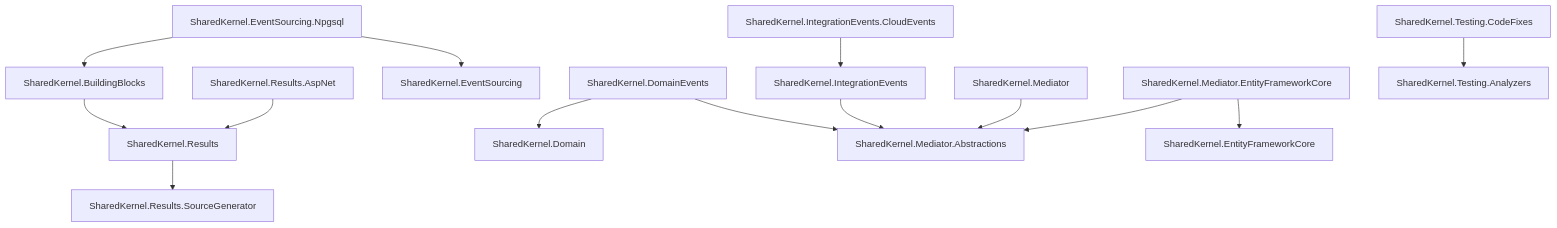
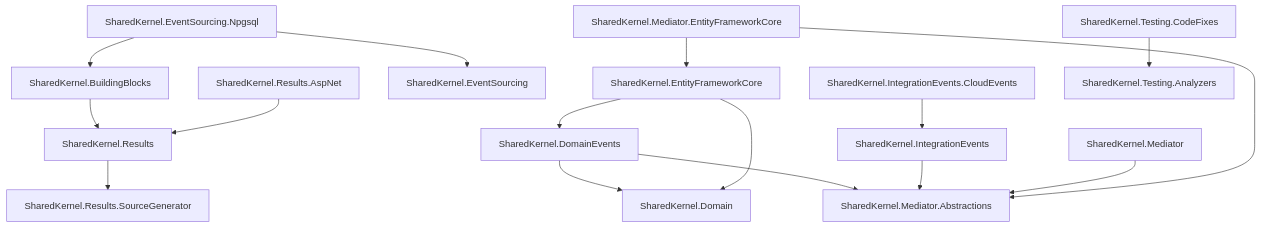
Before and after one commit to danigutsch/ViajantesTurismo: the fourth of 4 diagrams in docs/architecture/boundaries-and-dependencies.md, drawn with Mermaid. The commit also changed 40 other files, not shown here.

````diff
--- a/docs/architecture/boundaries-and-dependencies.md
+++ b/docs/architecture/boundaries-and-dependencies.md
@@ -175,16 +175,18 @@
 ```mermaid
 flowchart TB
     SharedKernel_BuildingBlocks[SharedKernel.BuildingBlocks] --> SharedKernel_Results[SharedKernel.Results]
     SharedKernel_DomainEvents[SharedKernel.DomainEvents] --> SharedKernel_Domain[SharedKernel.Domain]
     SharedKernel_DomainEvents[SharedKernel.DomainEvents] --> SharedKernel_Mediator_Abstractions[SharedKernel.Mediator.Abstractions]
+    SharedKernel_EntityFrameworkCore[SharedKernel.EntityFrameworkCore] --> SharedKernel_Domain[SharedKernel.Domain]
+    SharedKernel_EntityFrameworkCore[SharedKernel.EntityFrameworkCore] --> SharedKernel_DomainEvents[SharedKernel.DomainEvents]
     SharedKernel_EventSourcing_Npgsql[SharedKernel.EventSourcing.Npgsql] --> SharedKernel_BuildingBlocks[SharedKernel.BuildingBlocks]
     SharedKernel_EventSourcing_Npgsql[SharedKernel.EventSourcing.Npgsql] --> SharedKernel_EventSourcing[SharedKernel.EventSourcing]
     SharedKernel_IntegrationEvents[SharedKernel.IntegrationEvents] --> SharedKernel_Mediator_Abstractions[SharedKernel.Mediator.Abstractions]
     SharedKernel_IntegrationEvents_CloudEvents[SharedKernel.IntegrationEvents.CloudEvents] --> SharedKernel_IntegrationEvents[SharedKernel.IntegrationEvents]
     SharedKernel_Mediator[SharedKernel.Mediator] --> SharedKernel_Mediator_Abstractions[SharedKernel.Mediator.Abstractions]
     SharedKernel_Mediator_EntityFrameworkCore[SharedKernel.Mediator.EntityFrameworkCore] --> SharedKernel_EntityFrameworkCore[SharedKernel.EntityFrameworkCore]
     SharedKernel_Mediator_EntityFrameworkCore[SharedKernel.Mediator.EntityFrameworkCore] --> SharedKernel_Mediator_Abstractions[SharedKernel.Mediator.Abstractions]
     SharedKernel_Results[SharedKernel.Results] --> SharedKernel_Results_SourceGenerator[SharedKernel.Results.SourceGenerator]
     SharedKernel_Results_AspNet[SharedKernel.Results.AspNet] --> SharedKernel_Results[SharedKernel.Results]
     SharedKernel_Testing_CodeFixes[SharedKernel.Testing.CodeFixes] --> SharedKernel_Testing_Analyzers[SharedKernel.Testing.Analyzers]
 ```
````
